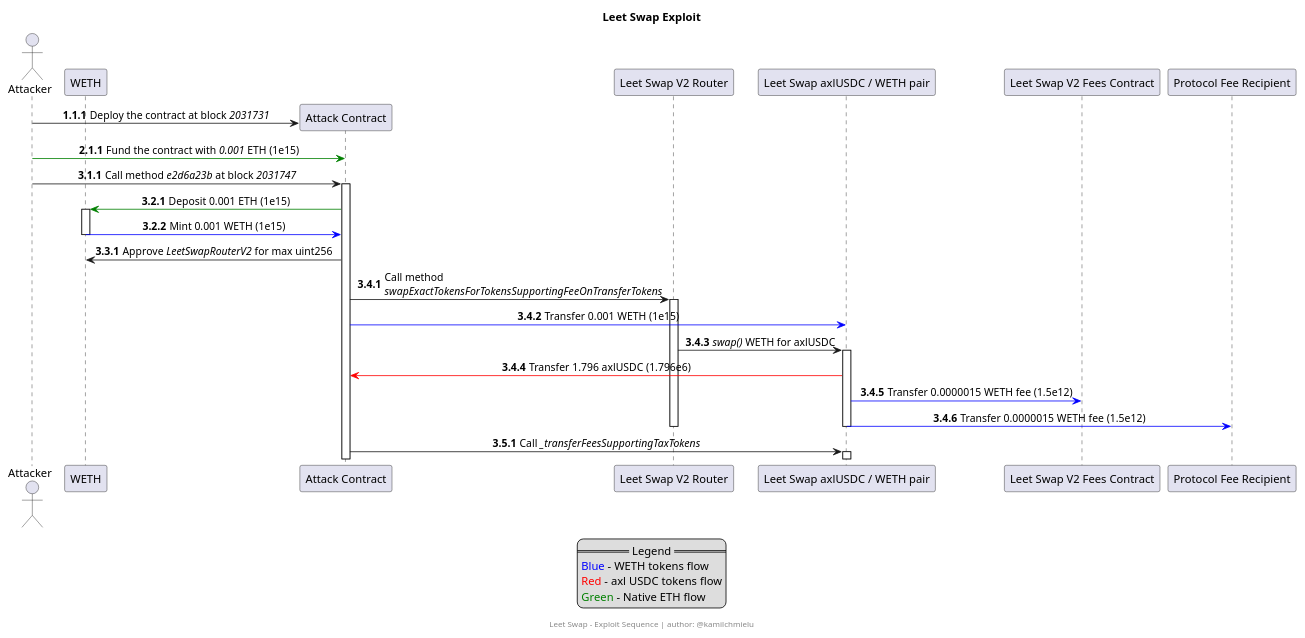
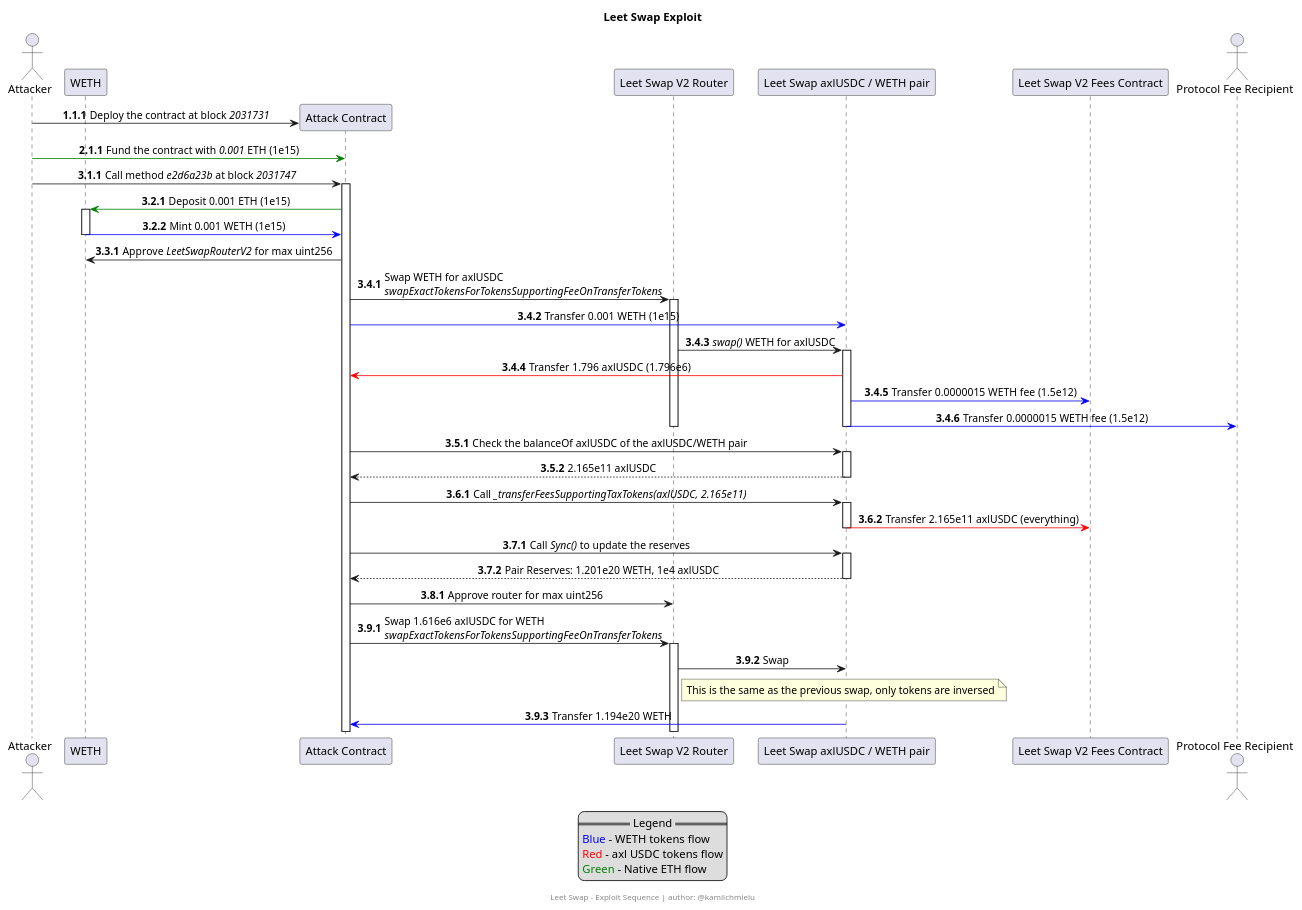
The diagram in Blog/0108_2023_LeetSwap.puml (ChmielewskiKamil/diagrams), drawn with PlantUML before and after one commit. The commit also changed 1 other file, not shown here.

Commit message:
🖼️ Leet Swap Exploit Analysis

```diff
--- a/Blog/0108_2023_LeetSwap.puml
+++ b/Blog/0108_2023_LeetSwap.puml
@@ -1,76 +1,94 @@
 @startuml
 title Leet Swap Exploit
 
 /' //////////////////////////////////////////////////////////////////
 //                      System Participants                        //
 ////////////////////////////////////////////////////////////////// '/
 
 actor "Attacker" as Attacker
 participant "WETH" as WETH
 participant "Attack Contract" as AttackContract
 participant "Leet Swap V2 Router" as LeetSwapV2Router 
 participant "Leet Swap axlUSDC / WETH pair" as AxlUsdcWethPair
 participant "Leet Swap V2 Fees Contract" as LeetSwapV2Fees
-participant "Protocol Fee Recipient" as ProtocolFeeRecipient
+actor "Protocol Fee Recipient" as ProtocolFeeRecipient
 
 /' //////////////////////////////////////////////////////////////////
 //                         Interactions                            //
 ////////////////////////////////////////////////////////////////// '/
 
 'Numbers are in the A.B.C format, by calling `inc A` you will increase the first number by 1'
 autonumber 1.1.1
 Attacker -> AttackContract ** : Deploy the contract at block //2031731//
 
 autonumber inc A
 Attacker -[#green]> AttackContract : Fund the contract with //0.001// ETH (1e15)
 
 autonumber inc A
 Attacker -> AttackContract ++ : Call method //e2d6a23b// at block //2031747//
 
 autonumber inc B
 AttackContract -[#green]> WETH ++ : Deposit 0.001 ETH (1e15)
 WETH -[#blue]> AttackContract -- : Mint 0.001 WETH (1e15)
 
 autonumber inc B
 AttackContract -> WETH : Approve //LeetSwapRouterV2// for max uint256
 
 autonumber inc B
-AttackContract -> LeetSwapV2Router ++ : Call method\n//swapExactTokensForTokensSupportingFeeOnTransferTokens//
+AttackContract -> LeetSwapV2Router ++ : Swap WETH for axlUSDC\n//swapExactTokensForTokensSupportingFeeOnTransferTokens//
 AttackContract -[#blue]> AxlUsdcWethPair : Transfer 0.001 WETH (1e15)
 LeetSwapV2Router -> AxlUsdcWethPair ++ : //swap()// WETH for axlUSDC
 AxlUsdcWethPair -[#red]> AttackContract : Transfer 1.796 axlUSDC (1.796e6)
 AxlUsdcWethPair -[#blue]> LeetSwapV2Fees : Transfer 0.0000015 WETH fee (1.5e12)
 AxlUsdcWethPair -[#blue]> ProtocolFeeRecipient -- : Transfer 0.0000015 WETH fee (1.5e12)
 deactivate
 
 autonumber inc B
-AttackContract -> AxlUsdcWethPair ++ : Call //_transferFeesSupportingTaxTokens//
+AttackContract -> AxlUsdcWethPair ++ : Check the balanceOf axlUSDC of the axlUSDC/WETH pair
+return 2.165e11 axlUSDC
+
+autonumber inc B
+AttackContract -> AxlUsdcWethPair ++ : Call //_transferFeesSupportingTaxTokens(axlUSDC, 2.165e11)//
+AxlUsdcWethPair -[#red]> LeetSwapV2Fees -- : Transfer 2.165e11 axlUSDC (everything)
+
+autonumber inc B
+AttackContract -> AxlUsdcWethPair ++ : Call //Sync()// to update the reserves
+return Pair Reserves: 1.201e20 WETH, 1e4 axlUSDC
+
+autonumber inc B
+AttackContract -> LeetSwapV2Router : Approve router for max uint256
+
+autonumber inc B
+AttackContract -> LeetSwapV2Router ++ : Swap 1.616e6 axlUSDC for WETH\n//swapExactTokensForTokensSupportingFeeOnTransferTokens//
+LeetSwapV2Router -> AxlUsdcWethPair : Swap
+note right of LeetSwapV2Router : This is the same as the previous swap, only tokens are inversed 
+AxlUsdcWethPair -[#blue]> AttackContract -- : Transfer 1.194e20 WETH
 
 /' //////////////////////////////////////////////////////////////////
 //                            Legend                               //
 ////////////////////////////////////////////////////////////////// '/
 
 legend
     == Legend ==
     <font color=blue>Blue</font> - WETH tokens flow
     <font color=red>Red</font> - axl USDC tokens flow
     <font color=green>Green</font> - Native ETH flow
 endlegend
 
 /' //////////////////////////////////////////////////////////////////
 //                            Styling                              //
 ////////////////////////////////////////////////////////////////// '/
 
 skinparam sequenceMessageAlign center
 skinparam note {
     BorderColor black
     BackgroundColor white
     FontColor black
 }
 skinparam participant {
     FontSize 25
     BackgroundColor lightgray
 }
 
 footer Leet Swap - Exploit Sequence | author: @kamilchmielu
 @enduml
```
